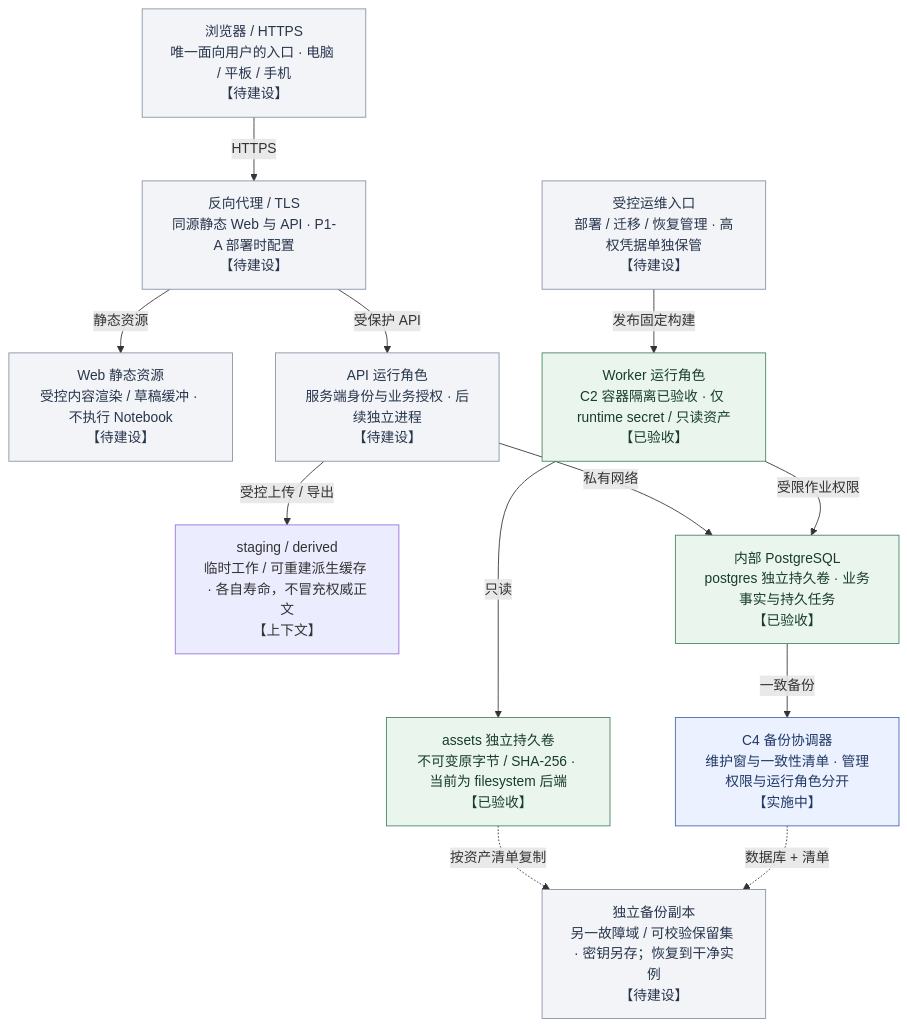
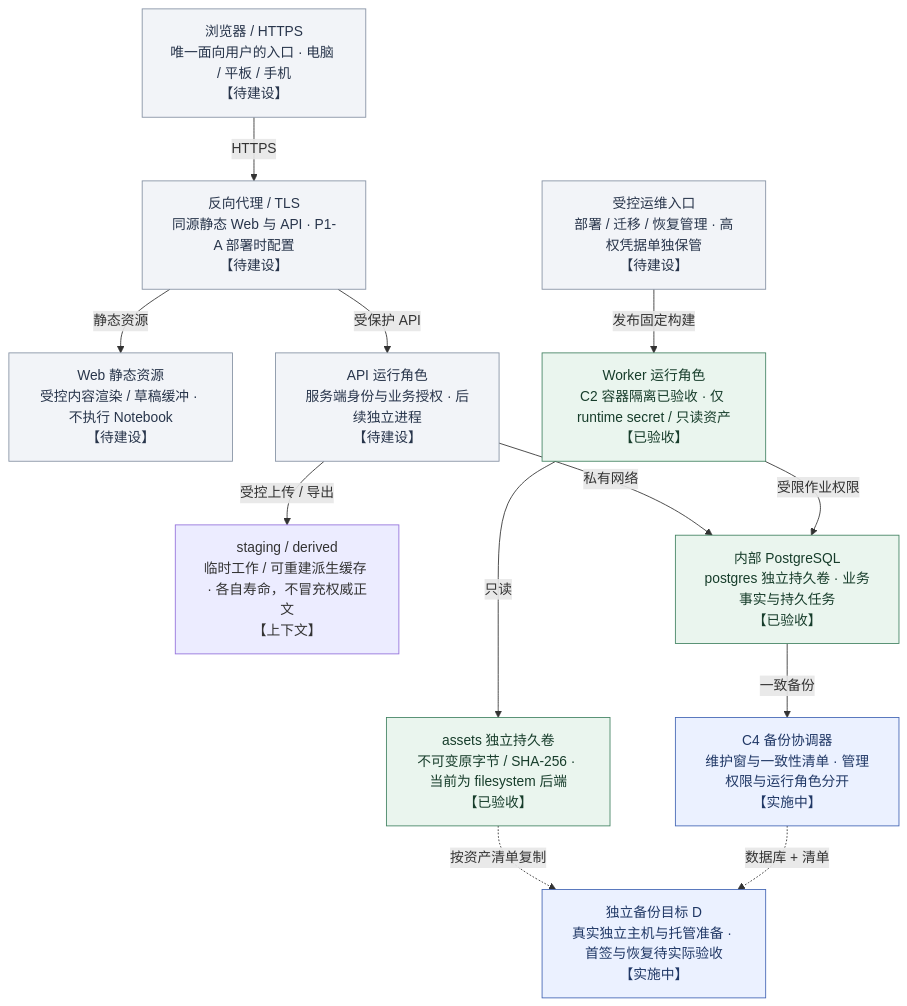
Before and after one commit to MansurnamedZhang/learning-system-p0c4: the diagram in docs/diagrams/knowweave-deployment.mmd, drawn with Mermaid. The commit also changed 35 other files, not shown here.

Commit message:
docs(architecture): review KnowWeave and replan evidence-bound delivery

```diff
--- a/docs/diagrams/knowweave-deployment.mmd
+++ b/docs/diagrams/knowweave-deployment.mmd
@@ -1,30 +1,30 @@
 flowchart TB
     browser["浏览器 / HTTPS<br/>唯一面向用户的入口 · 电脑 / 平板 / 手机<br/>【待建设】"]
     gateway["反向代理 / TLS<br/>同源静态 Web 与 API · P1-A 部署时配置<br/>【待建设】"]
     management["受控运维入口<br/>部署 / 迁移 / 恢复管理 · 高权凭据单独保管<br/>【待建设】"]
     web["Web 静态资源<br/>受控内容渲染 / 草稿缓冲 · 不执行 Notebook<br/>【待建设】"]
     api["API 运行角色<br/>服务端身份与业务授权 · 后续独立进程<br/>【待建设】"]
     worker["Worker 运行角色<br/>C2 容器隔离已验收 · 仅 runtime secret / 只读资产<br/>【已验收】"]
     staging["staging / derived<br/>临时工作 / 可重建派生缓存 · 各自寿命，不冒充权威正文<br/>【上下文】"]
     pg["内部 PostgreSQL<br/>postgres 独立持久卷 · 业务事实与持久任务<br/>【已验收】"]
     assets["assets 独立持久卷<br/>不可变原字节 / SHA-256 · 当前为 filesystem 后端<br/>【已验收】"]
     backup["C4 备份协调器<br/>维护窗与一致性清单 · 管理权限与运行角色分开<br/>【实施中】"]
-    remote["独立备份副本<br/>另一故障域 / 可校验保留集 · 密钥另存；恢复到干净实例<br/>【待建设】"]
+    remote["独立备份目标 D<br/>真实独立主机与托管准备 · 首签与恢复待实际验收<br/>【实施中】"]
     browser -- "HTTPS" --> gateway
     gateway -- "静态资源" --> web
     gateway -- "受保护 API" --> api
     management -- "发布固定构建" --> worker
     api -- "私有网络" --> pg
     worker -- "受限作业权限" --> pg
     worker -- "只读" --> assets
     api -- "受控上传 / 导出" --> staging
     pg -- "一致备份" --> backup
     assets -. "按资产清单复制" .-> remote
     backup -. "数据库 + 清单" .-> remote
     class worker,pg,assets done
-    class backup next
-    class browser,gateway,management,web,api,remote planned
+    class backup,remote next
+    class browser,gateway,management,web,api planned
     classDef done fill:#eaf5ee,stroke:#438363,color:#173d2b
     classDef next fill:#ebf1ff,stroke:#4365b4,color:#203866
     classDef planned fill:#f2f4f8,stroke:#8591a3,color:#28354b
     classDef optional fill:#f3ecfb,stroke:#9271b0,color:#4a3362
```
